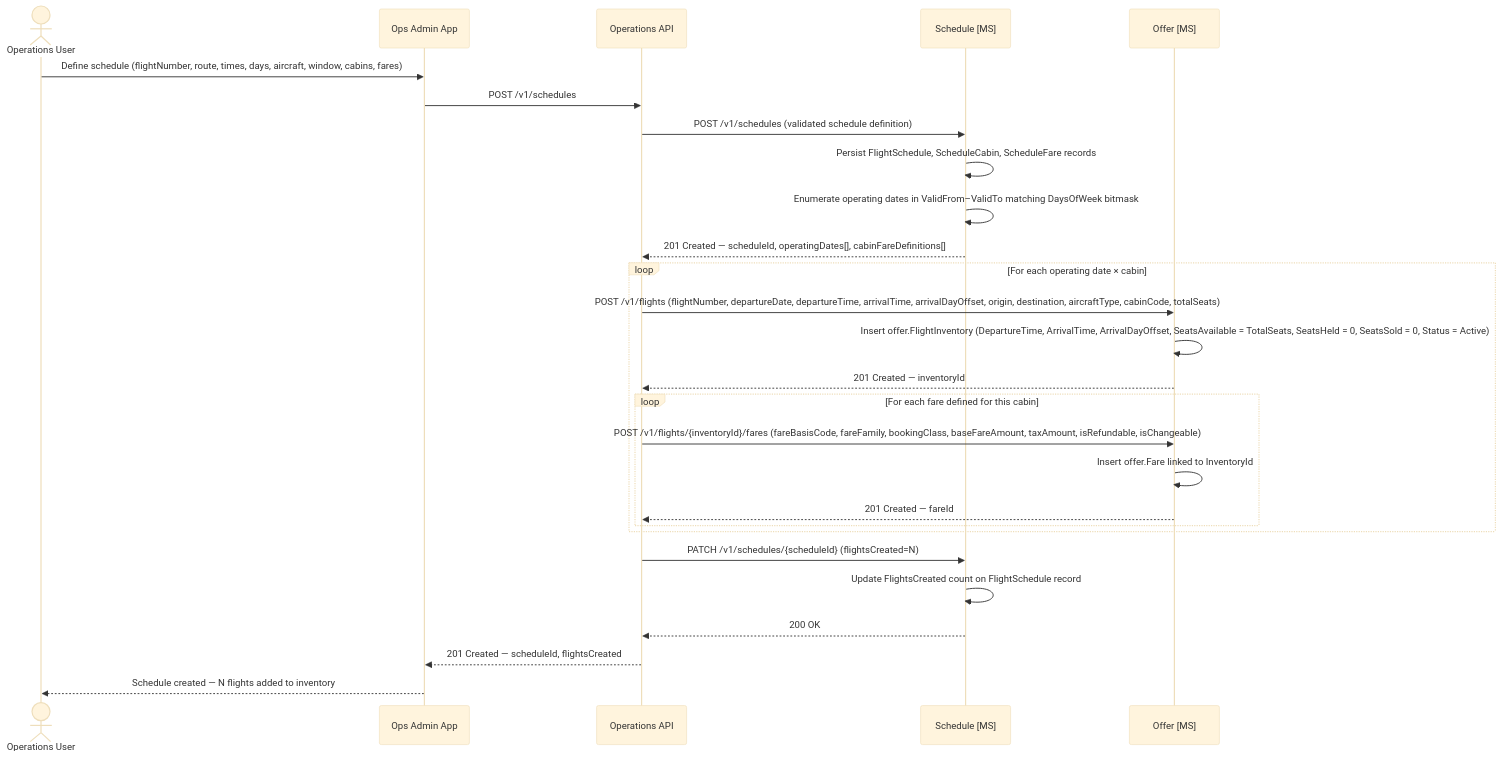
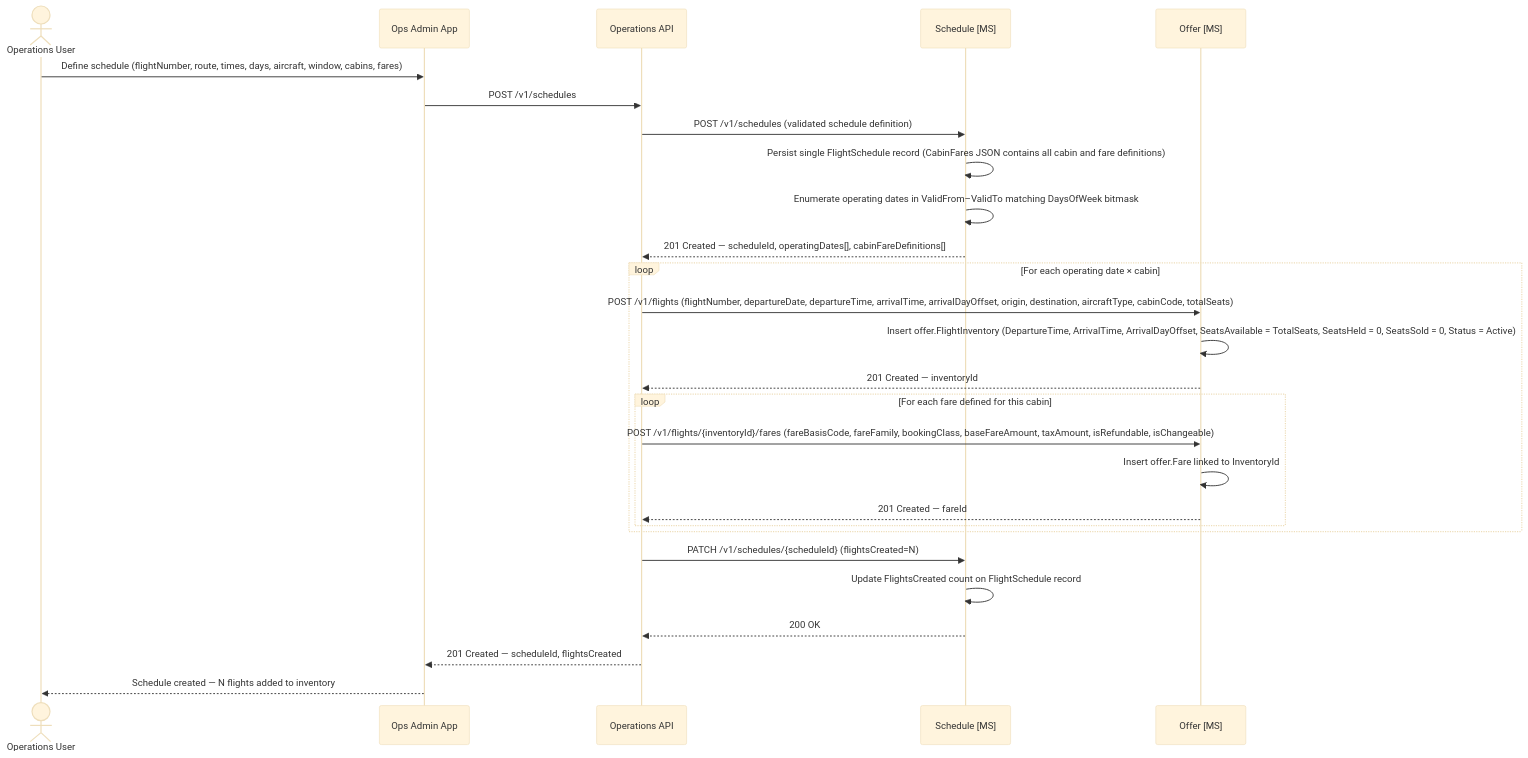
Before and after one commit to sebharvey/airline-reservation-system: the second of 27 diagrams in documentation/design.md, drawn with Mermaid (base theme). The commit also changed other lines of this file, not shown here.

First line of the commit message:
docs: consolidate schedule.ScheduleCabin and schedule.ScheduleFare into schedule.FlightSchedule

````diff
--- a/documentation/design.md
+++ b/documentation/design.md
@@ -447,34 +495,34 @@
 ```mermaid
 sequenceDiagram
     actor OpsUser as Operations User
     participant OpsApp as Ops Admin App
     participant ScheduleAPI as Operations API
     participant ScheduleMS as Schedule [MS]
     participant OfferMS as Offer [MS]
 
     OpsUser->>OpsApp: Define schedule (flightNumber, route, times, days, aircraft, window, cabins, fares)
     OpsApp->>ScheduleAPI: POST /v1/schedules
 
     ScheduleAPI->>ScheduleMS: POST /v1/schedules (validated schedule definition)
-    ScheduleMS->>ScheduleMS: Persist FlightSchedule, ScheduleCabin, ScheduleFare records
+    ScheduleMS->>ScheduleMS: Persist single FlightSchedule record (CabinFares JSON contains all cabin and fare definitions)
     ScheduleMS->>ScheduleMS: Enumerate operating dates in ValidFrom–ValidTo matching DaysOfWeek bitmask
     ScheduleMS-->>ScheduleAPI: 201 Created — scheduleId, operatingDates[], cabinFareDefinitions[]
 
     loop For each operating date × cabin
         ScheduleAPI->>OfferMS: POST /v1/flights (flightNumber, departureDate, departureTime, arrivalTime, arrivalDayOffset, origin, destination, aircraftType, cabinCode, totalSeats)
         OfferMS->>OfferMS: Insert offer.FlightInventory (DepartureTime, ArrivalTime, ArrivalDayOffset, SeatsAvailable = TotalSeats, SeatsHeld = 0, SeatsSold = 0, Status = Active)
         OfferMS-->>ScheduleAPI: 201 Created — inventoryId
 
         loop For each fare defined for this cabin
             ScheduleAPI->>OfferMS: POST /v1/flights/{inventoryId}/fares (fareBasisCode, fareFamily, bookingClass, baseFareAmount, taxAmount, isRefundable, isChangeable)
             OfferMS->>OfferMS: Insert offer.Fare linked to InventoryId
             OfferMS-->>ScheduleAPI: 201 Created — fareId
         end
     end
 
     ScheduleAPI->>ScheduleMS: PATCH /v1/schedules/{scheduleId} (flightsCreated=N)
     ScheduleMS->>ScheduleMS: Update FlightsCreated count on FlightSchedule record
     ScheduleMS-->>ScheduleAPI: 200 OK
     ScheduleAPI-->>OpsApp: 201 Created — scheduleId, flightsCreated
     OpsApp-->>OpsUser: Schedule created — N flights added to inventory
 ```
````
